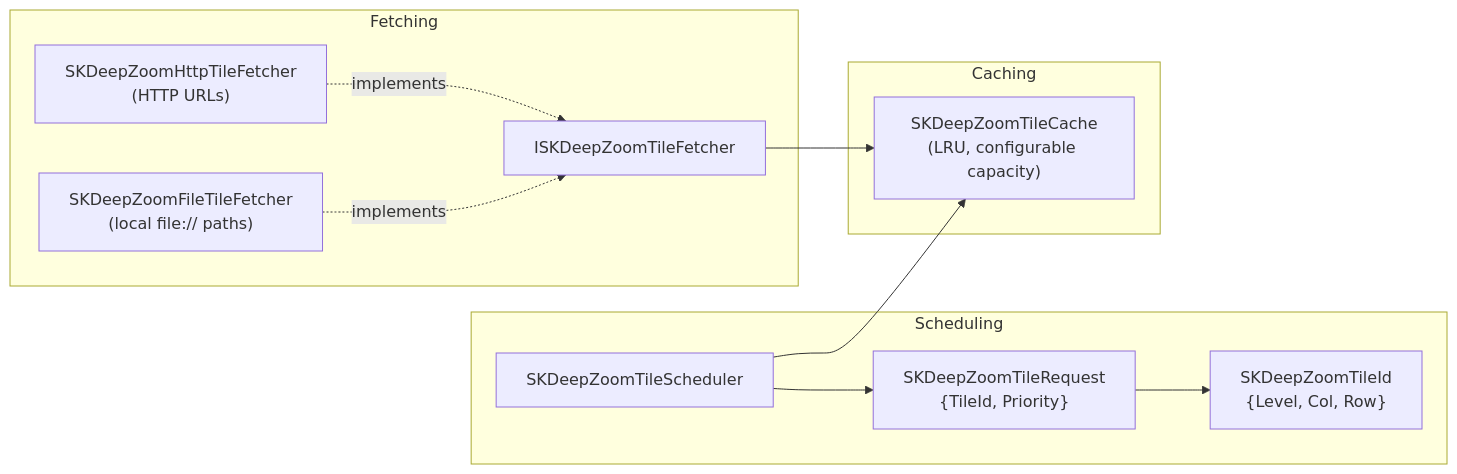
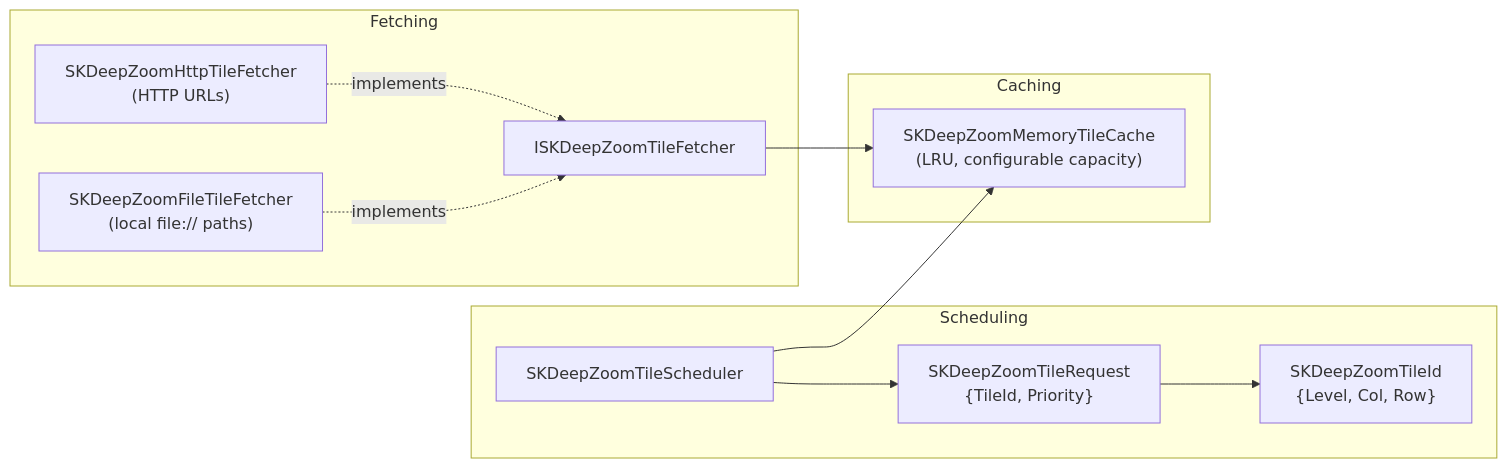
Before and after one commit to mono/SkiaSharp.Extended: the fourth of 7 diagrams in source/SkiaSharp.Extended/DeepZoom/README.md, drawn with Mermaid. The commit also changed other lines of this file and 2 other files, not shown here.

First line of the commit message:
Fix cache rebuild losing image, fix unbounded memIndex, update README

````diff
--- a/source/SkiaSharp.Extended/DeepZoom/README.md
+++ b/source/SkiaSharp.Extended/DeepZoom/README.md
@@ -129,25 +129,25 @@
 ```mermaid
 flowchart LR
     subgraph "Fetching"
         F1["SKDeepZoomHttpTileFetcher\n(HTTP URLs)"]
         F2["SKDeepZoomFileTileFetcher\n(local file:// paths)"]
         IF["ISKDeepZoomTileFetcher"]
         F1 -.implements.-> IF
         F2 -.implements.-> IF
     end
 
     subgraph "Scheduling"
         S["SKDeepZoomTileScheduler"]
         TR["SKDeepZoomTileRequest\n{TileId, Priority}"]
         TI["SKDeepZoomTileId\n{Level, Col, Row}"]
         S --> TR
         TR --> TI
     end
 
     subgraph "Caching"
-        C["SKDeepZoomTileCache\n(LRU, configurable capacity)"]
+        C["SKDeepZoomMemoryTileCache\n(LRU, configurable capacity)"]
     end
 
     IF --> C
     S --> C
 ```
````
